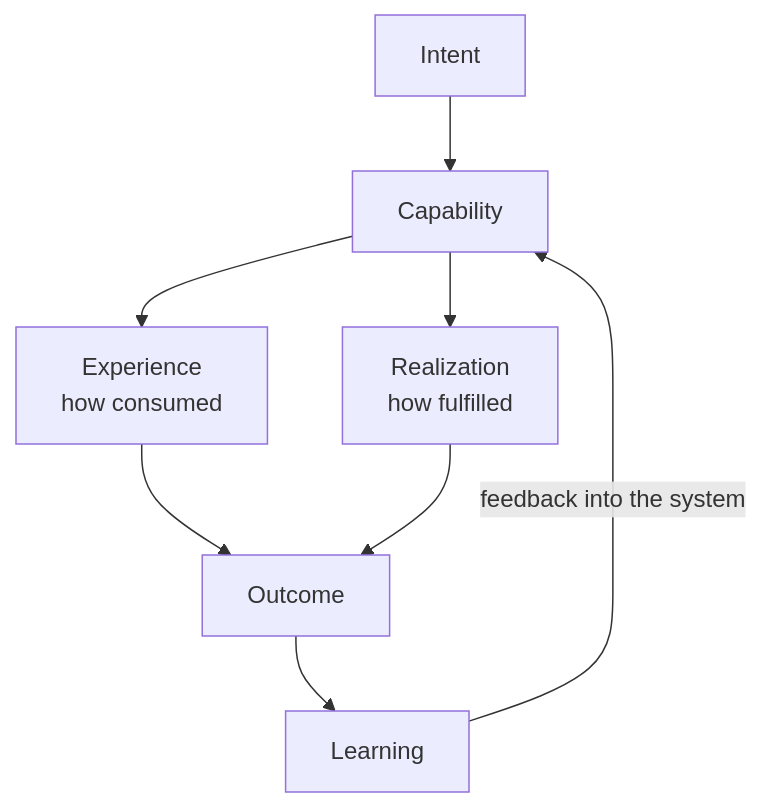
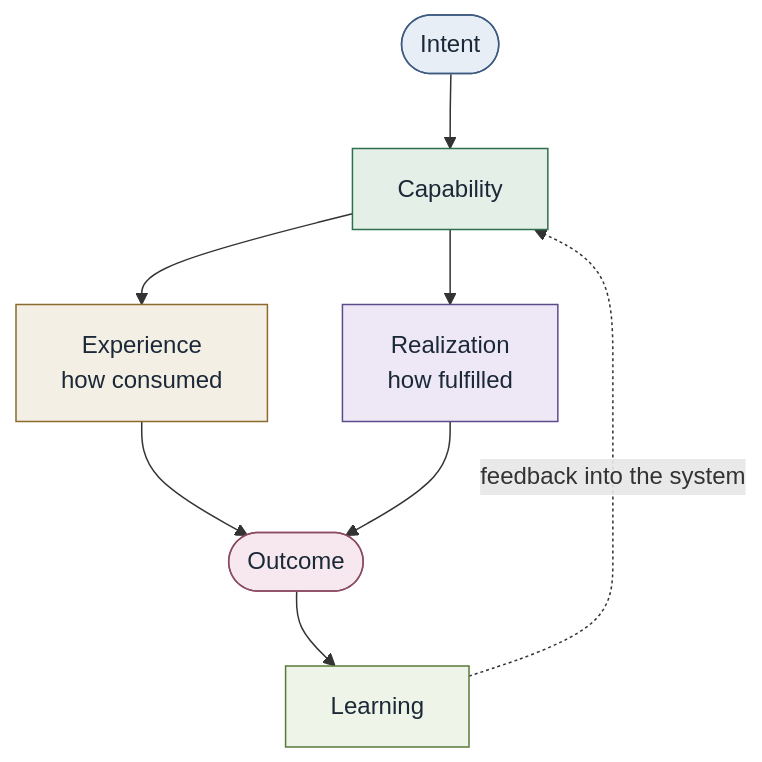
One commit to opsdevcode/convergence changed the diagram in diagrams/core-conceptual-model.md. Above: the diagram before and after it, drawn with Mermaid. The commit also changed other lines of this file and 25 other files, not shown here.

First line of the commit message:
docs: improve mermaid diagrams and page layout

````diff
--- a/diagrams/core-conceptual-model.md
+++ b/diagrams/core-conceptual-model.md
@@ -5,17 +5,24 @@
 ```mermaid
 flowchart TB
-  Intent["Intent"]
-  Cap["Capability"]
-  Exp["Experience\nhow consumed"]
-  Real["Realization\nhow fulfilled"]
-  Out["Outcome"]
-  Learn["Learning"]
+  Intent(["Intent"]):::intent
+  Cap["Capability"]:::cap
+  Exp["Experience<br/>how consumed"]:::exp
+  Real["Realization<br/>how fulfilled"]:::real
+  Out(["Outcome"]):::out
+  Learn["Learning"]:::learn
 
   Intent --> Cap
   Cap --> Exp
   Cap --> Real
   Exp --> Out
   Real --> Out
   Out --> Learn
-  Learn -->|"feedback into the system"| Cap
+  Learn -.->|feedback into the system| Cap
+
+  classDef intent fill:#E8EEF6,stroke:#3D5A80,color:#1B2838
+  classDef cap fill:#E4EFE7,stroke:#2F6F4E,color:#1B2838
+  classDef exp fill:#F4EFE4,stroke:#8A6A2F,color:#1B2838
+  classDef real fill:#EEE8F6,stroke:#5B4B8A,color:#1B2838
+  classDef out fill:#F6E8EE,stroke:#8A4B63,color:#1B2838
+  classDef learn fill:#EEF4E8,stroke:#5A7A3A,color:#1B2838
 ```
````
